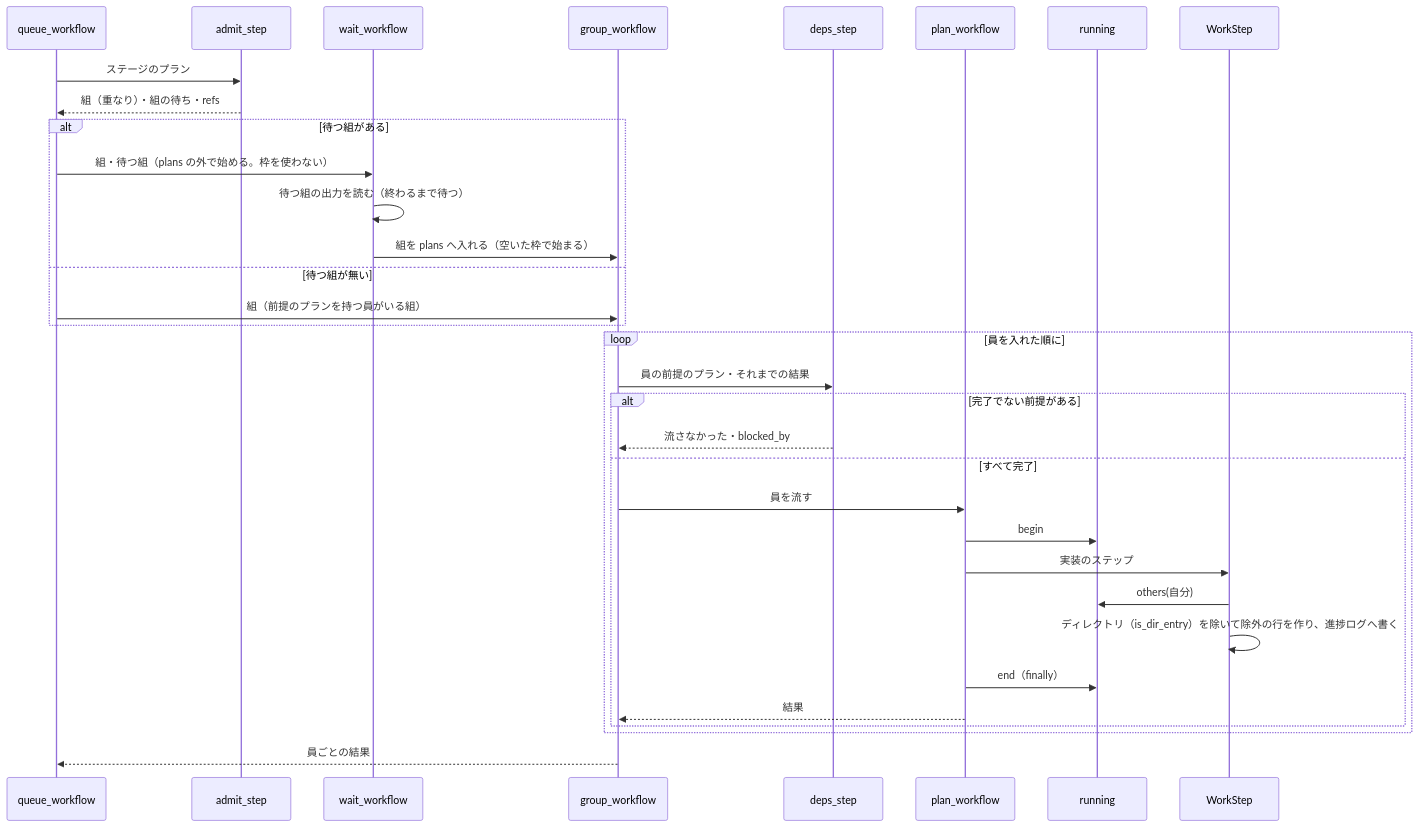
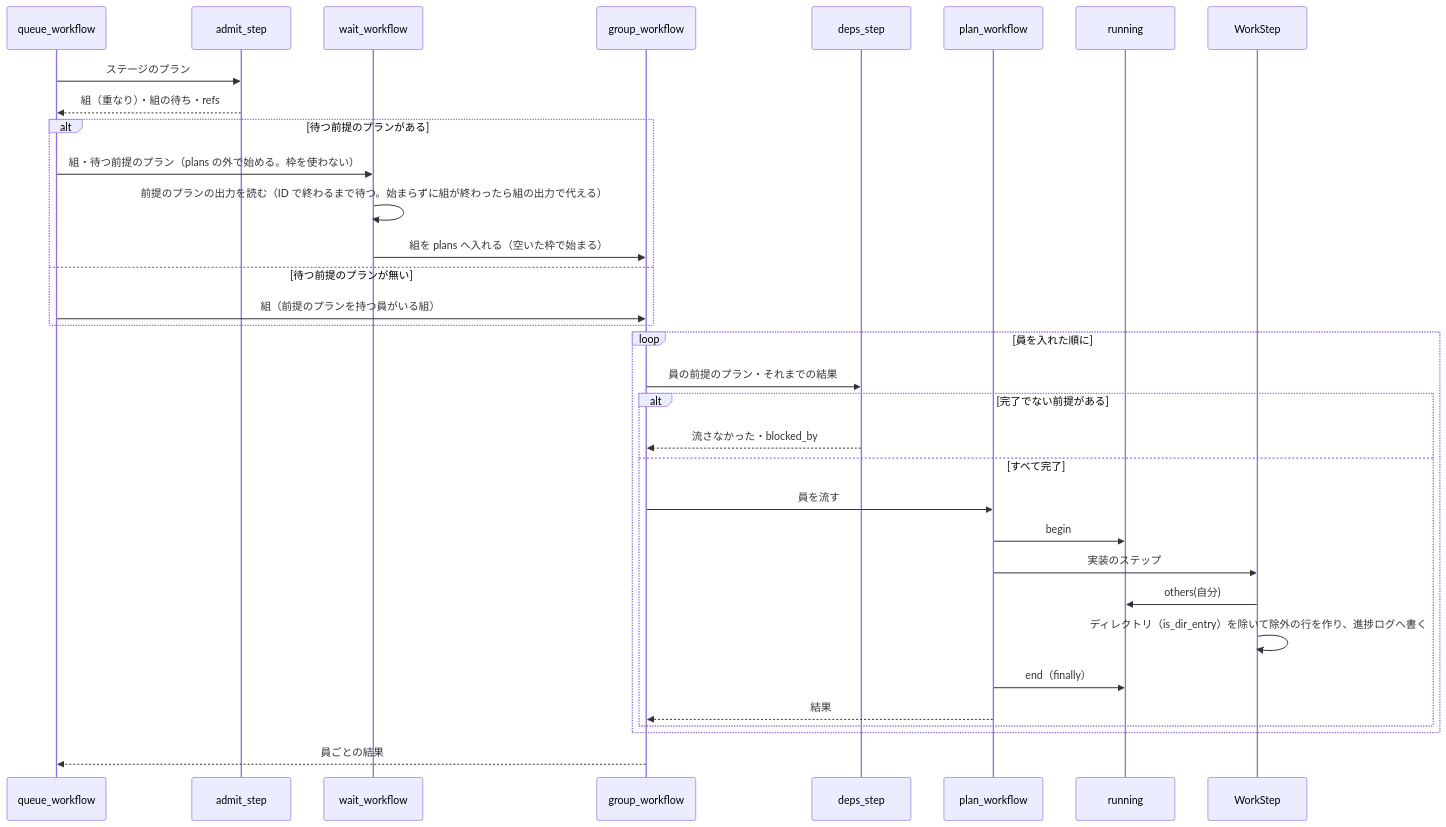
Before and after one commit to devbasex/ai-plugins: the third of 3 diagrams in issues/issue-1674-design.md, drawn with Mermaid. The commit also changed other lines of this file, not shown here.

````diff
--- a/issues/issue-1674-design.md
+++ b/issues/issue-1674-design.md
@@ -204,35 +204,35 @@
 ```mermaid
 sequenceDiagram
     participant QW as queue_workflow
     participant AD as admit_step
     participant WW as wait_workflow
     participant GW as group_workflow
     participant DS as deps_step
     participant PW as plan_workflow
     participant RG as running
     participant WS as WorkStep
     QW->>AD: ステージのプラン
     AD-->>QW: 組（重なり）・組の待ち・refs
-    alt 待つ組がある
-        QW->>WW: 組・待つ組（plans の外で始める。枠を使わない）
-        WW->>WW: 待つ組の出力を読む（終わるまで待つ）
+    alt 待つ前提のプランがある
+        QW->>WW: 組・待つ前提のプラン（plans の外で始める。枠を使わない）
+        WW->>WW: 前提のプランの出力を読む（ID で終わるまで待つ。始まらずに組が終わったら組の出力で代える）
         WW->>GW: 組を plans へ入れる（空いた枠で始まる）
-    else 待つ組が無い
+    else 待つ前提のプランが無い
         QW->>GW: 組（前提のプランを持つ員がいる組）
     end
     loop 員を入れた順に
         GW->>DS: 員の前提のプラン・それまでの結果
         alt 完了でない前提がある
             DS-->>GW: 流さなかった・blocked_by
         else すべて完了
             GW->>PW: 員を流す
             PW->>RG: begin
             PW->>WS: 実装のステップ
             WS->>RG: others(自分)
             WS->>WS: ディレクトリ（is_dir_entry）を除いて除外の行を作り、進捗ログへ書く
             PW->>RG: end（finally）
             PW-->>GW: 結果
         end
     end
     GW-->>QW: 員ごとの結果
 ```
````
